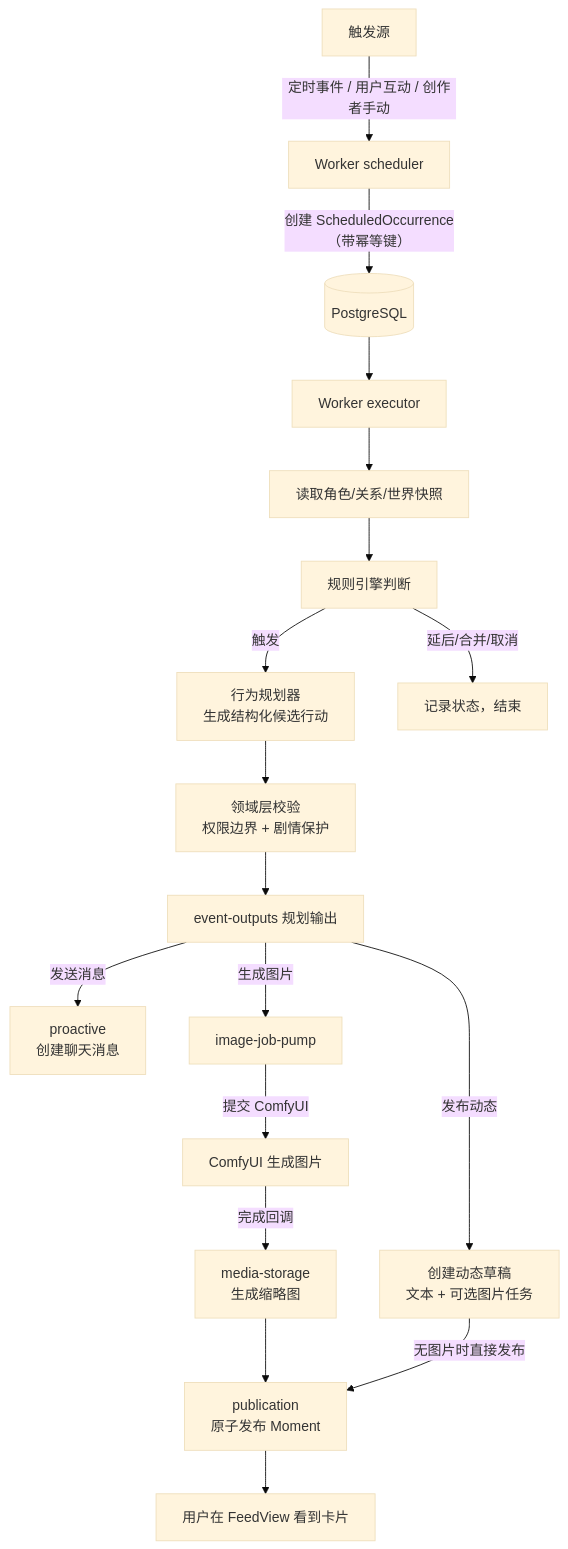
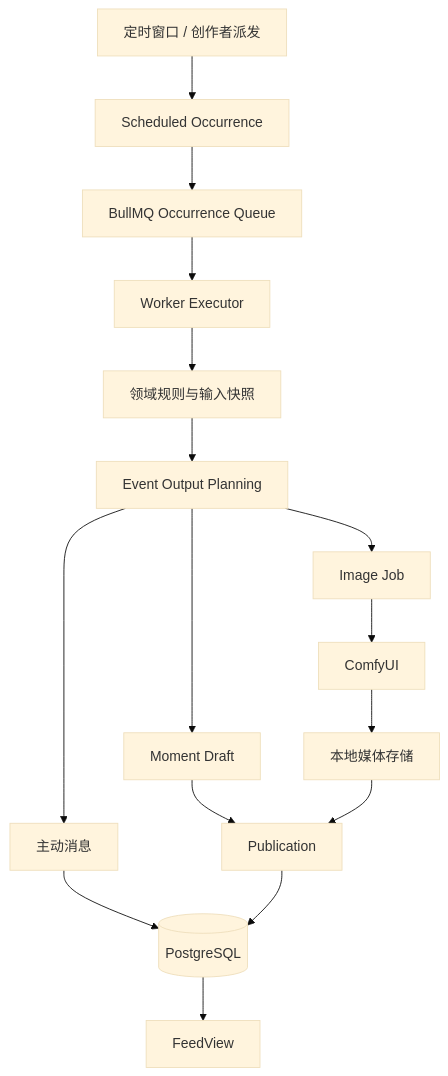
Before and after one commit to lark-x/GameStart: the second of 6 diagrams in docs/user-flows.md, drawn with Mermaid (base theme). The commit also changed other lines of this file and 68 other files, not shown here.

Commit message:
docs: establish architecture governance

````diff
--- a/docs/user-flows.md
+++ b/docs/user-flows.md
@@ -52,26 +37,18 @@
 ```mermaid
 flowchart TD
-    Trigger["触发源"] -->|"定时事件 / 用户互动 / 创作者手动"| Sch["Worker scheduler"]
-    Sch -->|"创建 ScheduledOccurrence\n（带幂等键）"| DB[(PostgreSQL)]
-
-    DB --> Exec["Worker executor"]
-    Exec --> Snap["读取角色/关系/世界快照"]
-    Snap --> Rule["规则引擎判断"]
-    Rule -->|"触发"| Plan["行为规划器\n生成结构化候选行动"]
-    Rule -->|"延后/合并/取消"| End["记录状态，结束"]
-
-    Plan --> Validate["领域层校验\n权限边界 + 剧情保护"]
-    Validate --> Output["event-outputs 规划输出"]
-
-    Output -->|"发送消息"| Pro["proactive\n创建聊天消息"]
-    Output -->|"发布动态"| Draft["创建动态草稿\n文本 + 可选图片任务"]
-    Output -->|"生成图片"| IJP["image-job-pump"]
-
-    IJP -->|"提交 ComfyUI"| ComfyUI["ComfyUI 生成图片"]
-    ComfyUI -->|"完成回调"| Media["media-storage\n生成缩略图"]
-    Media --> Pub["publication\n原子发布 Moment"]
-
-    Draft -->|"无图片时直接发布"| Pub
-
-    Pub --> Feed["用户在 FeedView 看到卡片"]
+    Trigger["定时窗口 / 创作者派发"] --> Occurrence["Scheduled Occurrence"]
+    Occurrence --> Queue["BullMQ Occurrence Queue"]
+    Queue --> Executor["Worker Executor"]
+    Executor --> Rule["领域规则与输入快照"]
+    Rule --> Output["Event Output Planning"]
+    Output --> Message["主动消息"]
+    Output --> Draft["Moment Draft"]
+    Output --> Image["Image Job"]
+    Message --> PG[(PostgreSQL)]
+    Draft --> Publish["Publication"]
+    Image --> ComfyUI["ComfyUI"]
+    ComfyUI --> Media["本地媒体存储"]
+    Media --> Publish
+    Publish --> PG
+    PG --> Feed["FeedView"]
 ```
````
